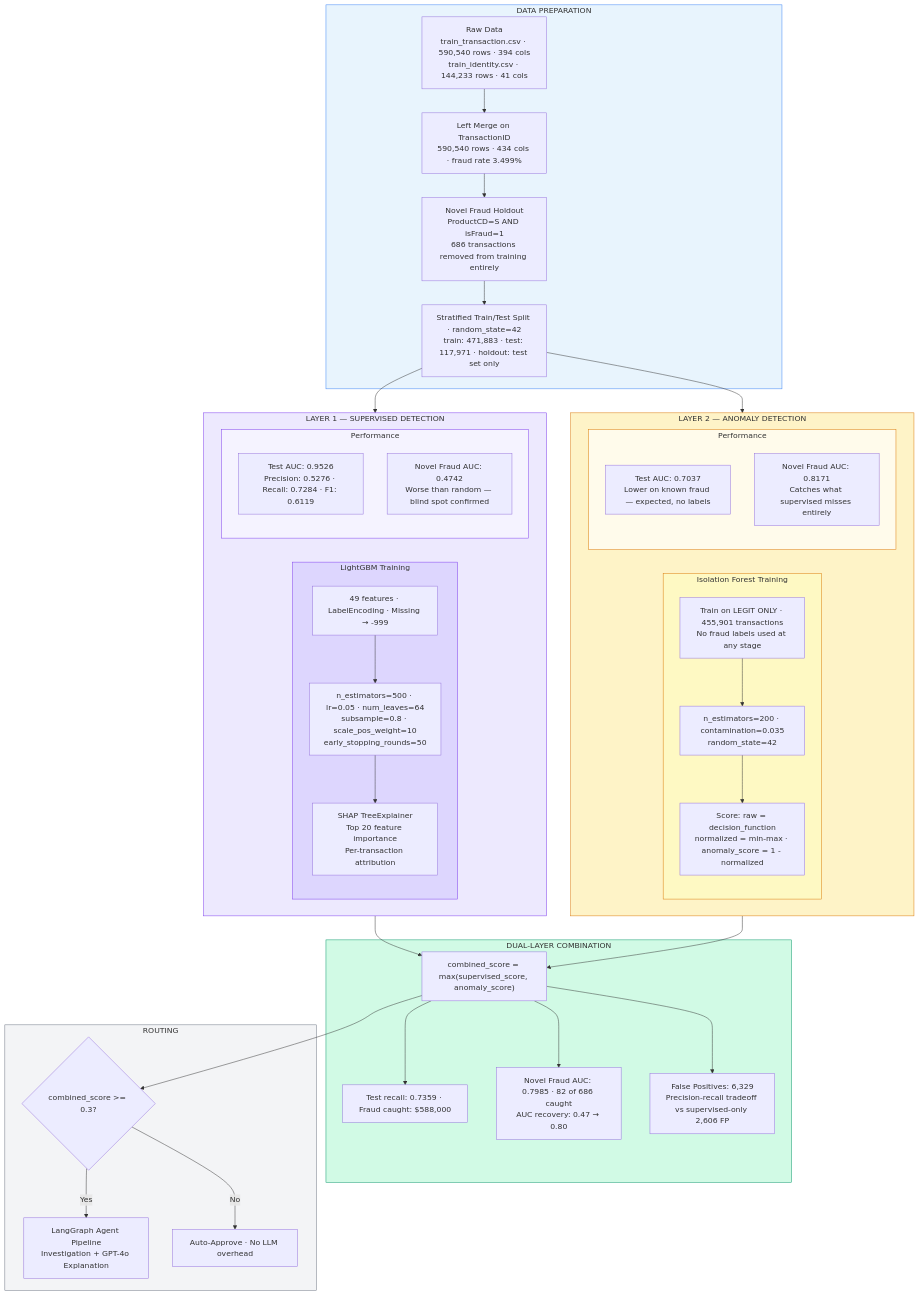
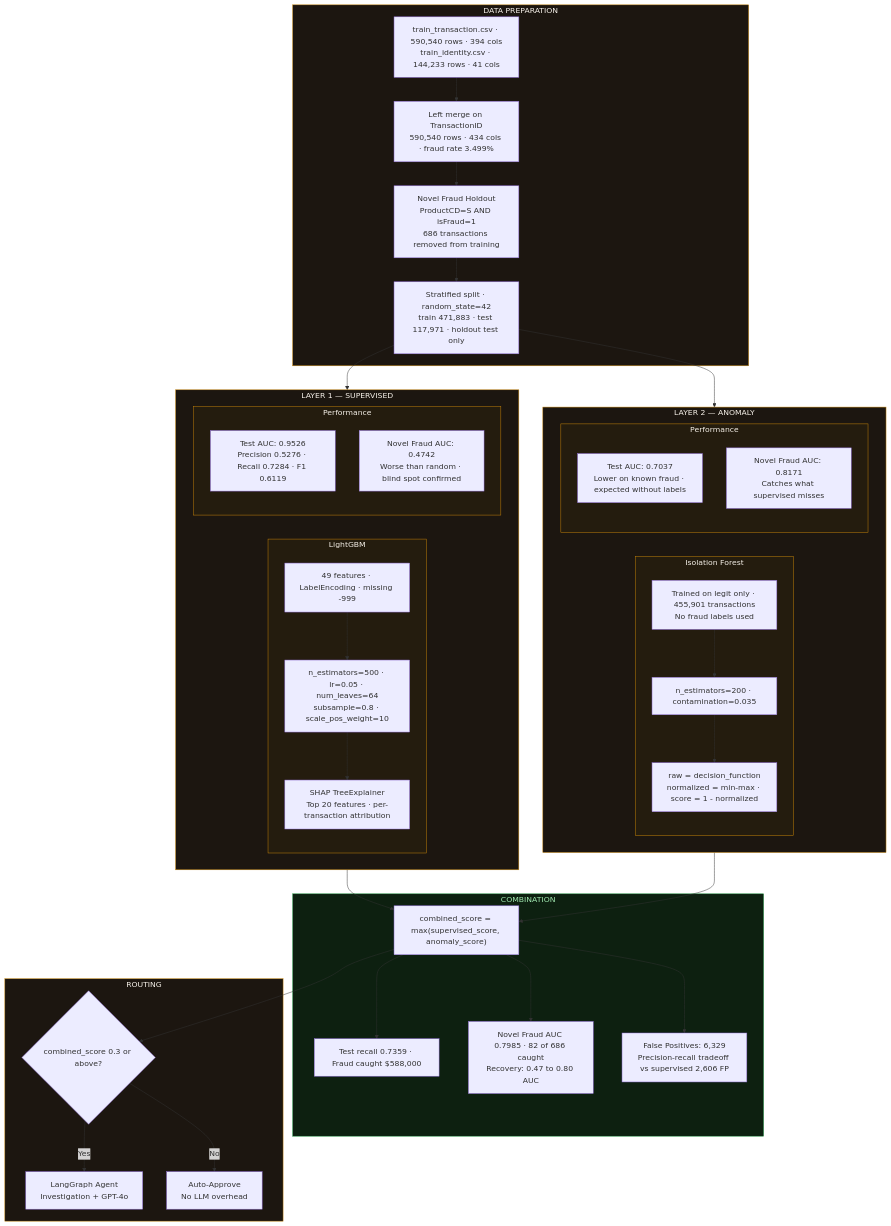
Before and after one commit to nishaanjoshi0/fraud-detection-agent: the second of 4 diagrams in agentic-fraud-detection-README.md, drawn with Mermaid. The commit also changed other lines of this file, not shown here.

````diff
--- a/agentic-fraud-detection-README.md
+++ b/agentic-fraud-detection-README.md
@@ -129,68 +129,68 @@
 ```mermaid
 flowchart TD
     subgraph DATA["DATA PREPARATION"]
-        RAW["Raw Data\ntrain_transaction.csv · 590,540 rows · 394 cols\ntrain_identity.csv · 144,233 rows · 41 cols"]
-        MERGE["Left Merge on TransactionID\n590,540 rows · 434 cols · fraud rate 3.499%"]
-        HOLDOUT["Novel Fraud Holdout\nProductCD=S AND isFraud=1\n686 transactions removed from training entirely"]
-        SPLIT["Stratified Train/Test Split · random_state=42\ntrain: 471,883 · test: 117,971 · holdout: test set only"]
+        RAW["train_transaction.csv · 590,540 rows · 394 cols\ntrain_identity.csv · 144,233 rows · 41 cols"]
+        MERGE["Left merge on TransactionID\n590,540 rows · 434 cols · fraud rate 3.499%"]
+        HOLDOUT["Novel Fraud Holdout\nProductCD=S AND isFraud=1\n686 transactions removed from training"]
+        SPLIT["Stratified split · random_state=42\ntrain 471,883 · test 117,971 · holdout test only"]
         RAW --> MERGE --> HOLDOUT --> SPLIT
     end
 
-    subgraph L1["LAYER 1 — SUPERVISED DETECTION"]
-        subgraph LGBM_TRAIN["LightGBM Training"]
-            LF["49 features · LabelEncoding · Missing → -999"]
-            LM["n_estimators=500 · lr=0.05 · num_leaves=64\nsubsample=0.8 · scale_pos_weight=10\nearly_stopping_rounds=50"]
-            LS["SHAP TreeExplainer\nTop 20 feature importance\nPer-transaction attribution"]
+    subgraph L1["LAYER 1 — SUPERVISED"]
+        subgraph LGBM_TRAIN["LightGBM"]
+            LF["49 features · LabelEncoding · missing -999"]
+            LM["n_estimators=500 · lr=0.05 · num_leaves=64\nsubsample=0.8 · scale_pos_weight=10"]
+            LS["SHAP TreeExplainer\nTop 20 features · per-transaction attribution"]
             LF --> LM --> LS
         end
         subgraph LGBM_PERF["Performance"]
-            LP1["Test AUC: 0.9526\nPrecision: 0.5276 · Recall: 0.7284 · F1: 0.6119"]
-            LP2["Novel Fraud AUC: 0.4742\nWorse than random — blind spot confirmed"]
+            LP1["Test AUC: 0.9526\nPrecision 0.5276 · Recall 0.7284 · F1 0.6119"]
+            LP2["Novel Fraud AUC: 0.4742\nWorse than random · blind spot confirmed"]
         end
     end
 
-    subgraph L2["LAYER 2 — ANOMALY DETECTION"]
-        subgraph ISO_TRAIN["Isolation Forest Training"]
-            IF["Train on LEGIT ONLY · 455,901 transactions\nNo fraud labels used at any stage"]
-            IM["n_estimators=200 · contamination=0.035\nrandom_state=42"]
-            IS["Score: raw = decision_function\nnormalized = min-max · anomaly_score = 1 - normalized"]
+    subgraph L2["LAYER 2 — ANOMALY"]
+        subgraph ISO_TRAIN["Isolation Forest"]
+            IF["Trained on legit only · 455,901 transactions\nNo fraud labels used"]
+            IM["n_estimators=200 · contamination=0.035"]
+            IS["raw = decision_function\nnormalized = min-max · score = 1 - normalized"]
             IF --> IM --> IS
         end
         subgraph ISO_PERF["Performance"]
-            IP1["Test AUC: 0.7037\nLower on known fraud — expected, no labels"]
-            IP2["Novel Fraud AUC: 0.8171\nCatches what supervised misses entirely"]
+            IP1["Test AUC: 0.7037\nLower on known fraud · expected without labels"]
+            IP2["Novel Fraud AUC: 0.8171\nCatches what supervised misses"]
         end
     end
 
-    subgraph COMBINE["DUAL-LAYER COMBINATION"]
+    subgraph COMBINE["COMBINATION"]
         CS["combined_score = max(supervised_score, anomaly_score)"]
-        CR1["Test recall: 0.7359 · Fraud caught: $588,000"]
-        CR2["Novel Fraud AUC: 0.7985 · 82 of 686 caught\nAUC recovery: 0.47 → 0.80"]
-        CR3["False Positives: 6,329\nPrecision-recall tradeoff vs supervised-only 2,606 FP"]
+        CR1["Test recall 0.7359 · Fraud caught $588,000"]
+        CR2["Novel Fraud AUC 0.7985 · 82 of 686 caught\nRecovery: 0.47 to 0.80 AUC"]
+        CR3["False Positives: 6,329\nPrecision-recall tradeoff vs supervised 2,606 FP"]
         CS --> CR1 & CR2 & CR3
     end
 
     subgraph DOWNSTREAM["ROUTING"]
-        THR{"combined_score >= 0.3?"}
-        AGT["LangGraph Agent Pipeline\nInvestigation + GPT-4o Explanation"]
-        AUTO["Auto-Approve · No LLM overhead"]
+        THR{"combined_score 0.3 or above?"}
+        AGT["LangGraph Agent\nInvestigation + GPT-4o"]
+        AUTO["Auto-Approve\nNo LLM overhead"]
         THR -->|"Yes"| AGT
         THR -->|"No"| AUTO
     end
 
     SPLIT --> L1
     SPLIT --> L2
     L1 --> CS
     L2 --> CS
     CS --> THR
 
-    style DATA fill:#E8F4FD,stroke:#3b82f6
-    style L1 fill:#EDE9FE,stroke:#7C3AED
-    style LGBM_TRAIN fill:#DDD6FE,stroke:#7C3AED
-    style LGBM_PERF fill:#F5F3FF,stroke:#7C3AED
-    style L2 fill:#FEF3C7,stroke:#d97706
-    style ISO_TRAIN fill:#FEF9C3,stroke:#d97706
-    style ISO_PERF fill:#FFFBEB,stroke:#d97706
-    style COMBINE fill:#D1FAE5,stroke:#059669
-    style DOWNSTREAM fill:#F3F4F6,stroke:#6b7280
+    style DATA fill:#1c1610,stroke:#c8860a,color:#f5f0e8
+    style L1 fill:#1c1610,stroke:#c8860a,color:#f5f0e8
+    style LGBM_TRAIN fill:#241c0e,stroke:#c8860a,color:#f5f0e8
+    style LGBM_PERF fill:#241c0e,stroke:#c8860a,color:#f5f0e8
+    style L2 fill:#1c1610,stroke:#c8860a,color:#f5f0e8
+    style ISO_TRAIN fill:#241c0e,stroke:#c8860a,color:#f5f0e8
+    style ISO_PERF fill:#241c0e,stroke:#c8860a,color:#f5f0e8
+    style COMBINE fill:#0d2010,stroke:#2d9e4e,color:#a0e8b0
+    style DOWNSTREAM fill:#1c1610,stroke:#c8860a,color:#f5f0e8
 ```
````
